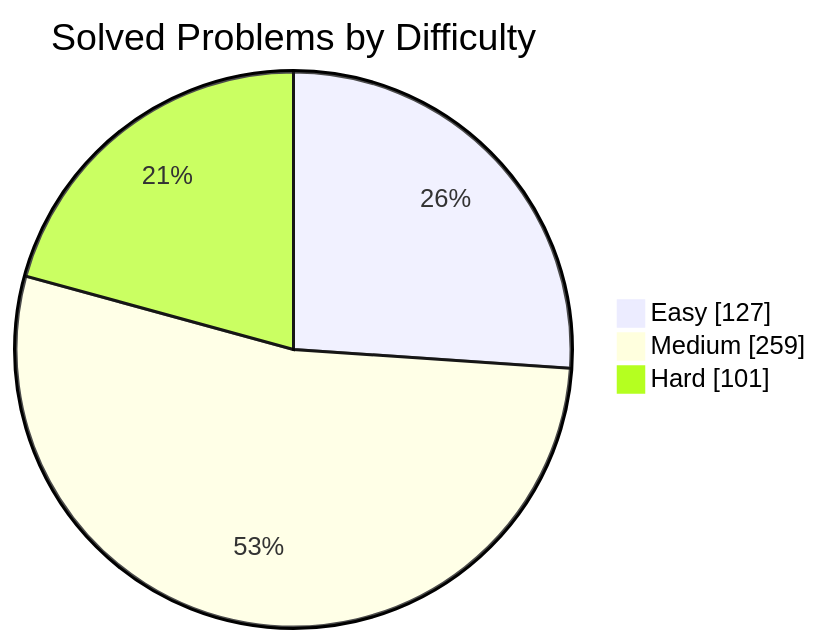
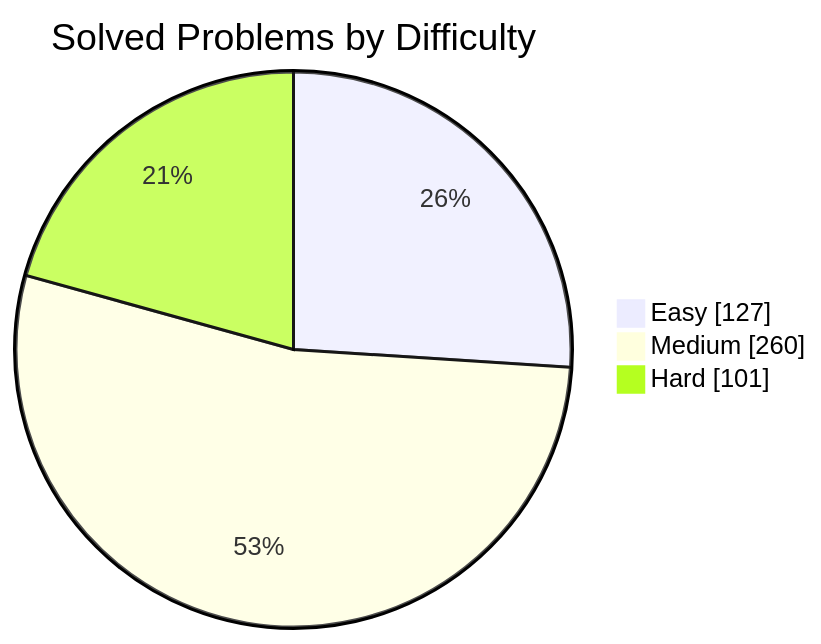
One commit to manikantbindass/DSA-Preparation-FAANG changed the first of 2 diagrams in README.md. Above: the diagram before and after it, drawn with Mermaid. The commit also changed other lines of this file and 1 other file, not shown here.

````diff
--- a/README.md
+++ b/README.md
@@ -77,7 +77,7 @@
 ```mermaid
 pie showData
     title Solved Problems by Difficulty
     "Easy" : 127
-    "Medium" : 259
+    "Medium" : 260
     "Hard" : 101
 ```
````
